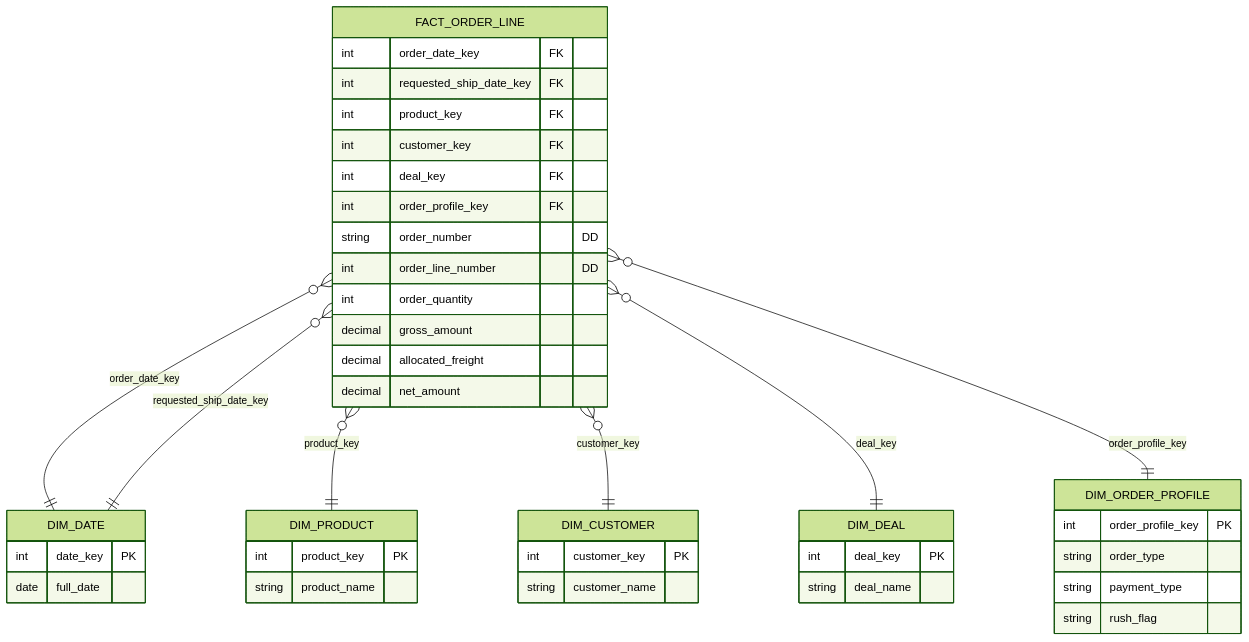
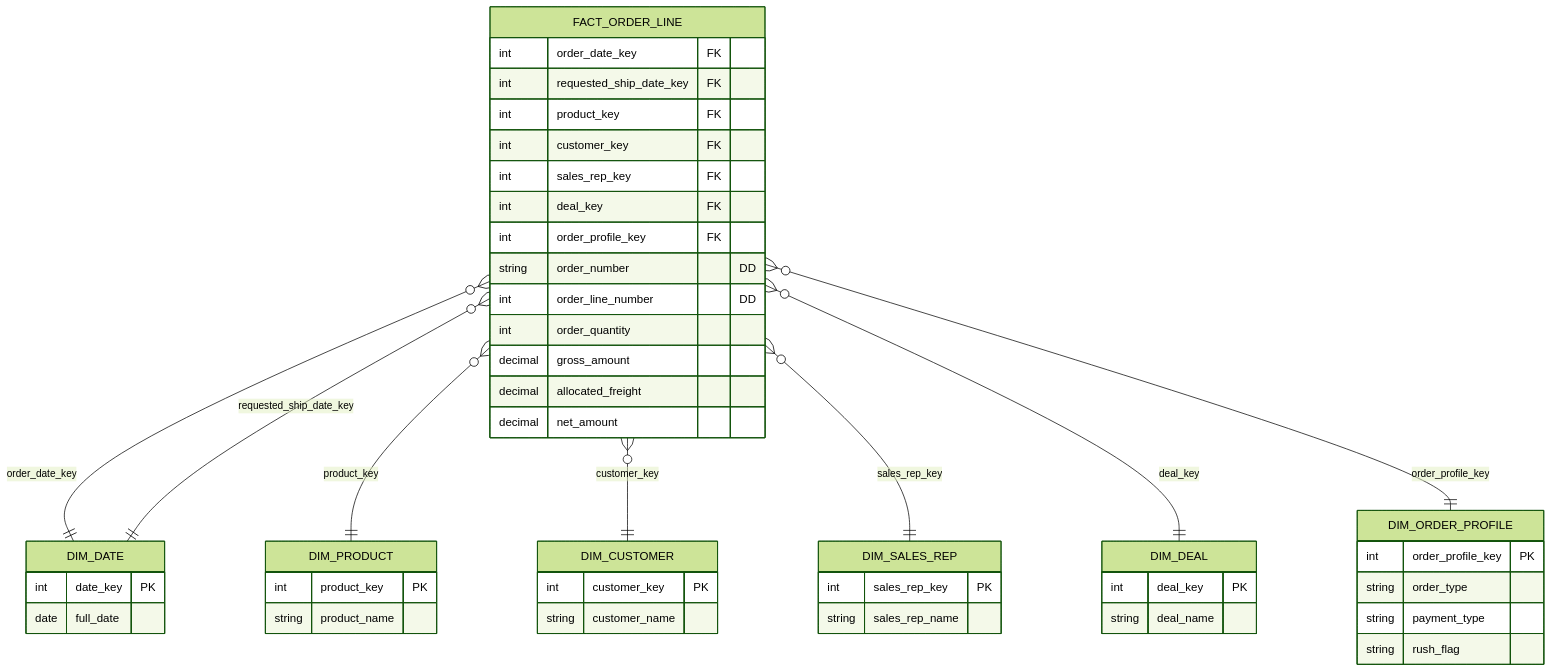
Before and after one commit to surfalytics/dataengineer_ru: the diagram in scripts/kimball-diagrams/src/ch06-order-star.mmd, drawn with Mermaid (forest theme). The commit also changed 61 other files, not shown here.

```diff
--- a/scripts/kimball-diagrams/src/ch06-order-star.mmd
+++ b/scripts/kimball-diagrams/src/ch06-order-star.mmd
@@ -1,43 +1,49 @@
 erDiagram
   FACT_ORDER_LINE }o--|| DIM_DATE : "order_date_key"
   FACT_ORDER_LINE }o--|| DIM_DATE : "requested_ship_date_key"
   FACT_ORDER_LINE }o--|| DIM_PRODUCT : "product_key"
   FACT_ORDER_LINE }o--|| DIM_CUSTOMER : "customer_key"
+  FACT_ORDER_LINE }o--|| DIM_SALES_REP : "sales_rep_key"
   FACT_ORDER_LINE }o--|| DIM_DEAL : "deal_key"
   FACT_ORDER_LINE }o--|| DIM_ORDER_PROFILE : "order_profile_key"
   FACT_ORDER_LINE {
     int order_date_key FK
     int requested_ship_date_key FK
     int product_key FK
     int customer_key FK
+    int sales_rep_key FK
     int deal_key FK
     int order_profile_key FK
     string order_number "DD"
     int order_line_number "DD"
     int order_quantity
     decimal gross_amount
     decimal allocated_freight
     decimal net_amount
   }
   DIM_PRODUCT {
     int product_key PK
     string product_name
   }
   DIM_CUSTOMER {
     int customer_key PK
     string customer_name
   }
+  DIM_SALES_REP {
+    int sales_rep_key PK
+    string sales_rep_name
+  }
   DIM_DEAL {
     int deal_key PK
     string deal_name
   }
   DIM_ORDER_PROFILE {
     int order_profile_key PK
     string order_type
     string payment_type
     string rush_flag
   }
   DIM_DATE {
     int date_key PK
     date full_date
   }
```
